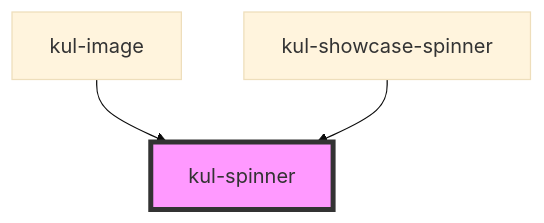
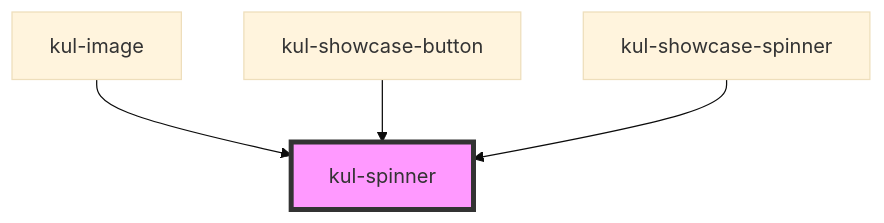
One commit to smeup/ketchup changed the diagram in packages/ketchup-lite/src/components/kul-spinner/readme.md. Above: the diagram before and after it, drawn with Mermaid (base theme). The commit also changed other lines of this file and 2 other files, not shown here.

Commit message:
Updated readmes.

````diff
--- a/packages/ketchup-lite/src/components/kul-spinner/readme.md
+++ b/packages/ketchup-lite/src/components/kul-spinner/readme.md
@@ -99,6 +100,7 @@
 ```mermaid
 graph TD;
   kul-image --> kul-spinner
+  kul-showcase-button --> kul-spinner
   kul-showcase-spinner --> kul-spinner
   style kul-spinner fill:#f9f,stroke:#333,stroke-width:4px
 ```
````
